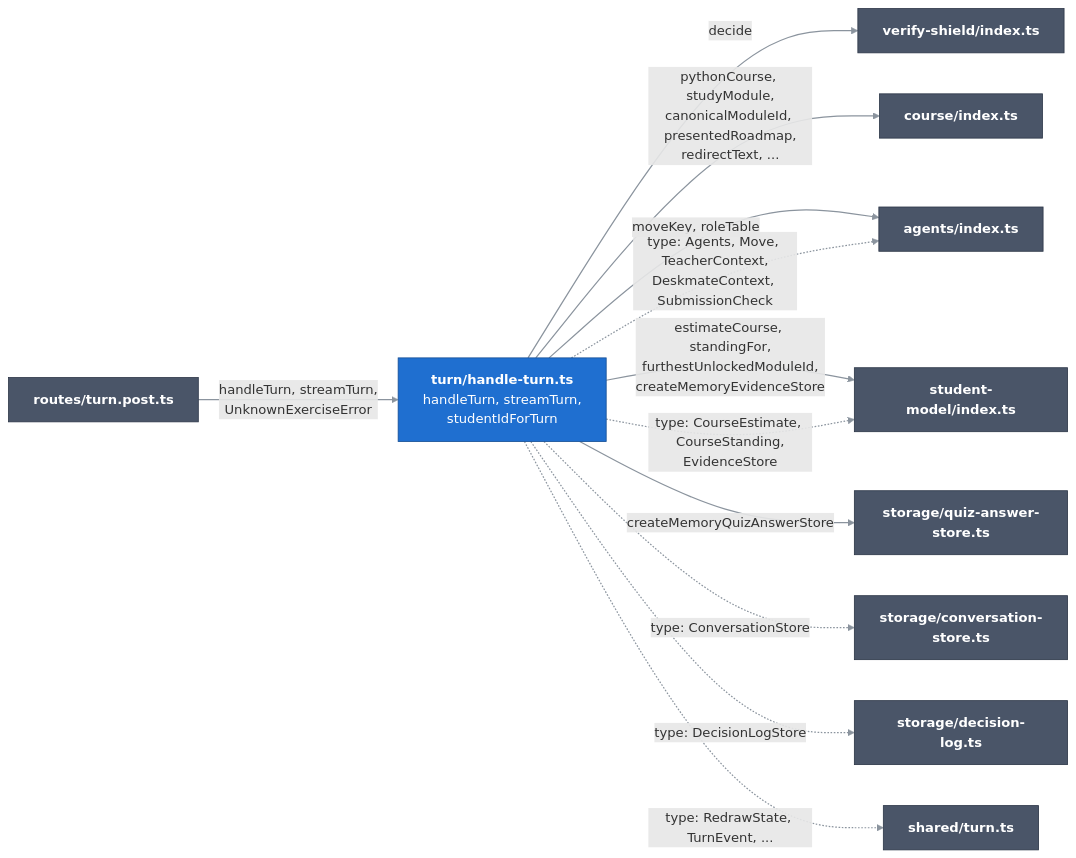
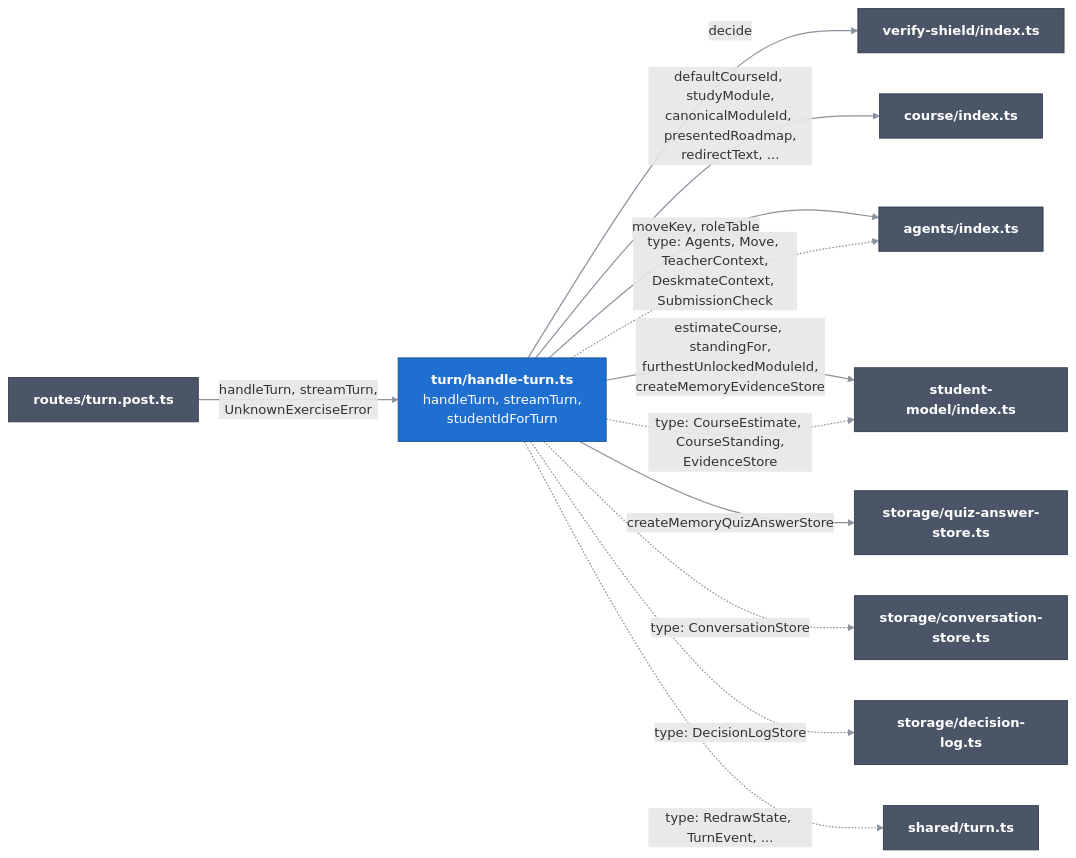
Before and after one commit to Bill2926/COS40005_HN9_Verifiable_Co-Learner_Agent: the diagram in docs/c4/03-components/server/02-turn.md, drawn with Mermaid. The commit also changed other lines of this file and 28 other files, not shown here.

````diff
--- a/docs/c4/03-components/server/02-turn.md
+++ b/docs/c4/03-components/server/02-turn.md
@@ -11,30 +11,30 @@
 ```mermaid
 flowchart LR
   classDef comp fill:#1f6fd0,stroke:#164f96,color:#ffffff
   classDef near fill:#4a5568,stroke:#2d3748,color:#ffffff
   linkStyle default stroke:#8b949e,stroke-width:1.5px
 
   turnRoute["<b>routes/turn.post.ts</b>"]:::near
   handleTurn["<b>turn/handle-turn.ts</b><br/>handleTurn, streamTurn,<br/>studentIdForTurn"]:::comp
 
   shield["<b>verify-shield/index.ts</b>"]:::near
   course["<b>course/index.ts</b>"]:::near
   agents["<b>agents/index.ts</b>"]:::near
   studentModel["<b>student-model/index.ts</b>"]:::near
   conversation["<b>storage/conversation-store.ts</b>"]:::near
   decisionLog["<b>storage/decision-log.ts</b>"]:::near
   quizStore["<b>storage/quiz-answer-store.ts</b>"]:::near
   turnTypes["<b>shared/turn.ts</b>"]:::near
 
   turnRoute -->|"handleTurn, streamTurn,<br/>UnknownExerciseError"| handleTurn
   handleTurn -->|"decide"| shield
-  handleTurn -->|"pythonCourse, studyModule,<br/>canonicalModuleId, presentedRoadmap,<br/>redirectText, ..."| course
+  handleTurn -->|"defaultCourseId, studyModule,<br/>canonicalModuleId, presentedRoadmap,<br/>redirectText, ..."| course
   handleTurn -->|"moveKey, roleTable"| agents
   handleTurn -->|"estimateCourse, standingFor,<br/>furthestUnlockedModuleId,<br/>createMemoryEvidenceStore"| studentModel
   handleTurn -.->|"type: CourseEstimate, CourseStanding,<br/>EvidenceStore"| studentModel
   handleTurn -.->|"type: Agents, Move, TeacherContext,<br/>DeskmateContext, SubmissionCheck"| agents
   handleTurn -->|"createMemoryQuizAnswerStore"| quizStore
   handleTurn -.->|"type: ConversationStore"| conversation
   handleTurn -.->|"type: DecisionLogStore"| decisionLog
   handleTurn -.->|"type: RedrawState, TurnEvent, ..."| turnTypes
 ```
````
